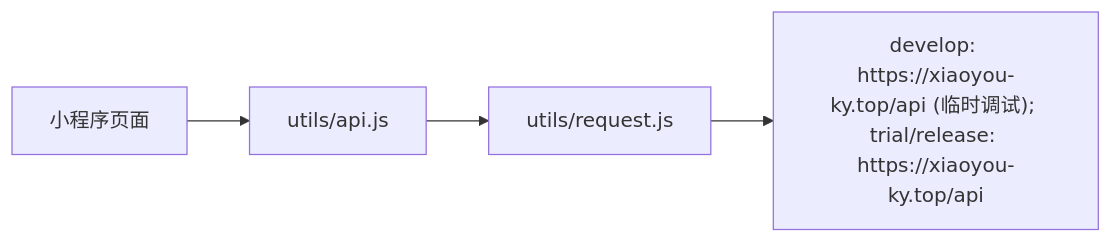
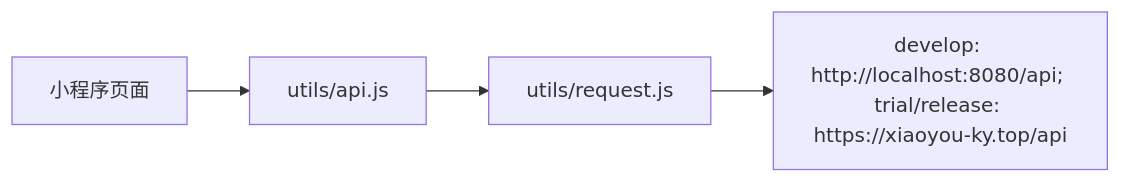
One commit to peteryoungwind/xiaoyouyingyu2 changed the first of 2 diagrams in doc/miniapp.md. Above: the diagram before and after it, drawn with Mermaid. The commit also changed other lines of this file and 12 other files, not shown here.

````diff
--- a/doc/miniapp.md
+++ b/doc/miniapp.md
@@ -31,6 +31,6 @@
 ```mermaid
 flowchart LR
   Page["小程序页面"] --> Api["utils/api.js"]
   Api --> Request["utils/request.js"]
-  Request --> Backend["develop: https://xiaoyou-ky.top/api (临时调试); trial/release: https://xiaoyou-ky.top/api"]
+  Request --> Backend["develop: http://localhost:8080/api; trial/release: https://xiaoyou-ky.top/api"]
 ```
````
